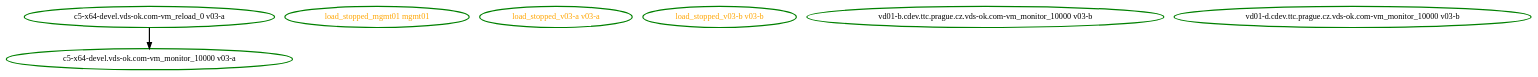
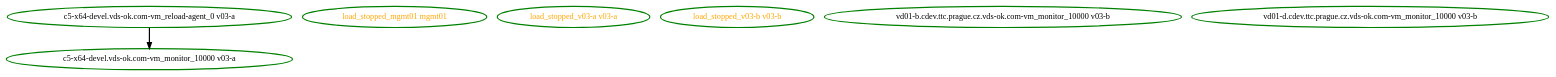
One commit to ClusterLabs/pacemaker changed the diagram in cts/scheduler/dot/params-6.dot. Above: the diagram before and after it, drawn with Graphviz. The commit also changed 11 other files, not shown here.

Commit message:
Test: cts-scheduler: update expected test results for reload vs reload-agent change

```diff
--- a/cts/scheduler/dot/params-6.dot
+++ b/cts/scheduler/dot/params-6.dot
@@ -1,10 +1,10 @@
  digraph "g" {
 "c5-x64-devel.vds-ok.com-vm_monitor_10000 v03-a" [ style=bold color="green" fontcolor="black"]
-"c5-x64-devel.vds-ok.com-vm_reload_0 v03-a" -> "c5-x64-devel.vds-ok.com-vm_monitor_10000 v03-a" [ style = bold]
-"c5-x64-devel.vds-ok.com-vm_reload_0 v03-a" [ style=bold color="green" fontcolor="black"]
+"c5-x64-devel.vds-ok.com-vm_reload-agent_0 v03-a" -> "c5-x64-devel.vds-ok.com-vm_monitor_10000 v03-a" [ style = bold]
+"c5-x64-devel.vds-ok.com-vm_reload-agent_0 v03-a" [ style=bold color="green" fontcolor="black"]
 "load_stopped_mgmt01 mgmt01" [ style=bold color="green" fontcolor="orange"]
 "load_stopped_v03-a v03-a" [ style=bold color="green" fontcolor="orange"]
 "load_stopped_v03-b v03-b" [ style=bold color="green" fontcolor="orange"]
 "vd01-b.cdev.ttc.prague.cz.vds-ok.com-vm_monitor_10000 v03-b" [ style=bold color="green" fontcolor="black"]
 "vd01-d.cdev.ttc.prague.cz.vds-ok.com-vm_monitor_10000 v03-b" [ style=bold color="green" fontcolor="black"]
 }
```
